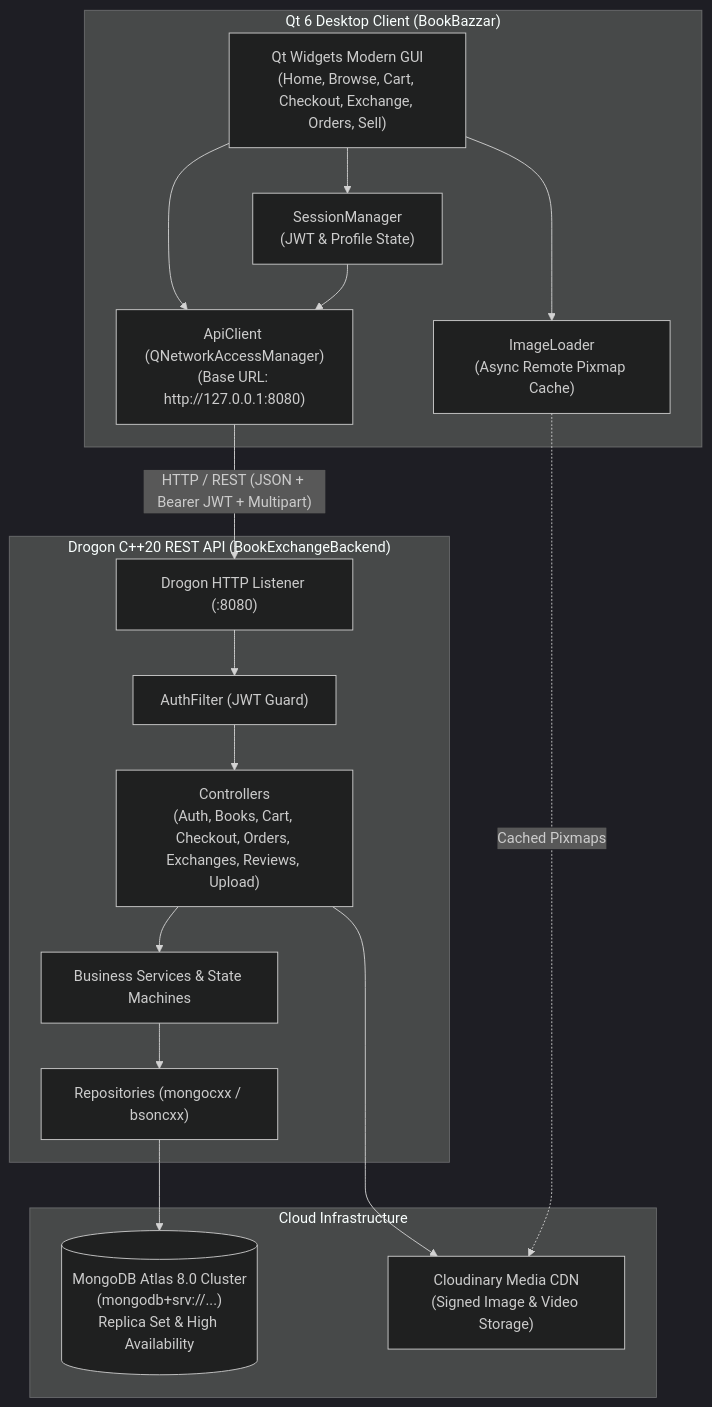
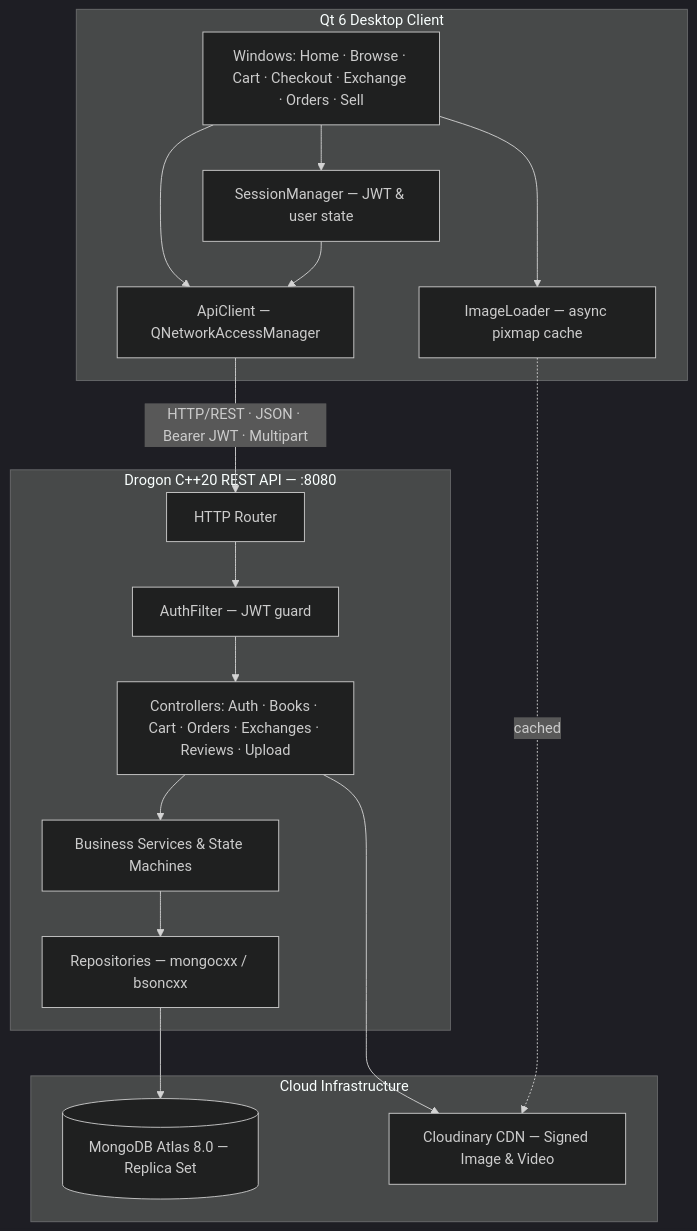
Before and after one commit to nikshitpokhariya/book_store: the diagram in README.md, drawn with Mermaid (dark theme). The commit also changed other lines of this file and 80 other files, not shown here.

````diff
--- a/README.md
+++ b/README.md
@@ -61,36 +38,27 @@
 ```mermaid
 flowchart TD
-    subgraph Client["Qt 6 Desktop Client (BookBazzar)"]
-        UI["Qt Widgets Modern GUI\n(Home, Browse, Cart, Checkout, Exchange, Orders, Sell)"]
-        SM["SessionManager\n(JWT & Profile State)"]
-        AC["ApiClient (QNetworkAccessManager)\n(Base URL: http://127.0.0.1:8080)"]
-        IL["ImageLoader\n(Async Remote Pixmap Cache)"]
-        UI --> SM
-        UI --> AC
-        UI --> IL
+    subgraph Client["Qt 6 Desktop Client"]
+        UI["Windows: Home · Browse · Cart · Checkout · Exchange · Orders · Sell"]
+        SM["SessionManager — JWT & user state"]
+        AC["ApiClient — QNetworkAccessManager"]
+        IL["ImageLoader — async pixmap cache"]
+        UI --> SM & AC & IL
         SM --> AC
     end
-
-    subgraph Backend["Drogon C++20 REST API (BookExchangeBackend)"]
-        ROUTER["Drogon HTTP Listener (:8080)"]
-        AUTH["AuthFilter (JWT Guard)"]
-        CTRL["Controllers\n(Auth, Books, Cart, Checkout, Orders, Exchanges, Reviews, Upload)"]
+    subgraph Backend["Drogon C++20 REST API — :8080"]
+        ROUTER["HTTP Router"]
+        AUTH["AuthFilter — JWT guard"]
+        CTRL["Controllers: Auth · Books · Cart · Orders · Exchanges · Reviews · Upload"]
         SRV["Business Services & State Machines"]
-        REPO["Repositories (mongocxx / bsoncxx)"]
-
-        ROUTER --> AUTH
-        AUTH --> CTRL
-        CTRL --> SRV
-        SRV --> REPO
+        REPO["Repositories — mongocxx / bsoncxx"]
+        ROUTER --> AUTH --> CTRL --> SRV --> REPO
     end
-
-    subgraph CloudStorage["Cloud Infrastructure"]
-        ATLAS[("MongoDB Atlas 8.0 Cluster\n(mongodb+srv://...)\nReplica Set & High Availability")]
-        CLOUDINARY["Cloudinary Media CDN\n(Signed Image & Video Storage)"]
+    subgraph Cloud["Cloud Infrastructure"]
+        ATLAS[("MongoDB Atlas 8.0 — Replica Set")]
+        CDN["Cloudinary CDN — Signed Image & Video"]
         REPO --> ATLAS
-        CTRL --> CLOUDINARY
-        IL -. "Cached Pixmaps" .-> CLOUDINARY
+        CTRL --> CDN
+        IL -. cached .-> CDN
     end
-
-    AC -- "HTTP / REST (JSON + Bearer JWT + Multipart)" --> ROUTER
+    AC -- "HTTP/REST · JSON · Bearer JWT · Multipart" --> ROUTER
 ```
````
